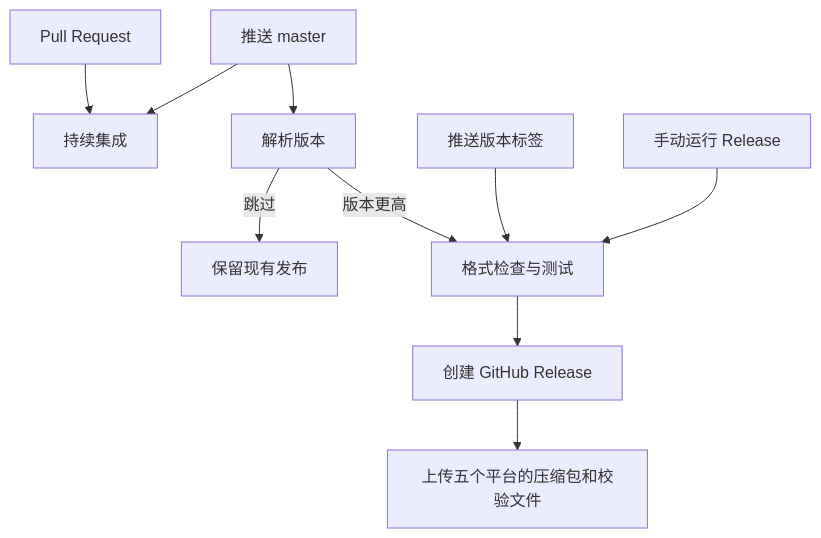
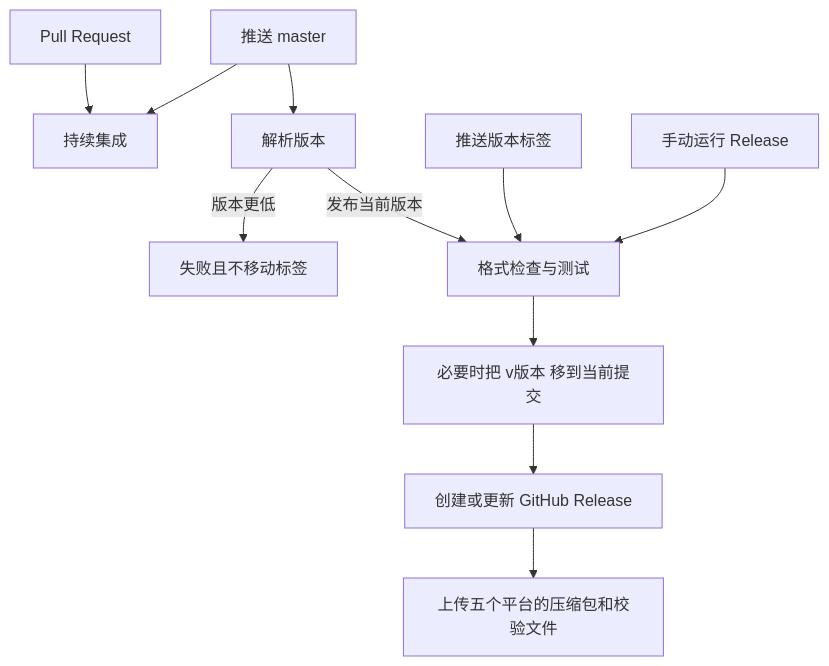
The diagram in specs/ci-release/design.md (ModerRAS/arknights-auto-update), drawn with Mermaid before and after one commit. The commit also changed other lines of this file and 10 other files, not shown here.

````diff
--- a/specs/ci-release/design.md
+++ b/specs/ci-release/design.md
@@ -7,12 +7,13 @@
 ```mermaid
 flowchart TD
   pr[Pull Request] --> ci[持续集成]
   pushMaster[推送 master] --> ci
   pushMaster --> plan[解析版本]
-  plan -->|跳过| skip[保留现有发布]
-  plan -->|版本更高| verify[格式检查与测试]
+  plan -->|版本更低| fail[失败且不移动标签]
+  plan -->|发布当前版本| verify[格式检查与测试]
   tagPush[推送版本标签] --> verify
   manual[手动运行 Release] --> verify
-  verify --> release[创建 GitHub Release]
+  verify --> move[必要时把 v版本 移到当前提交]
+  move --> release[创建或更新 GitHub Release]
   release --> assets[上传五个平台的压缩包和校验文件]
 ```
````
